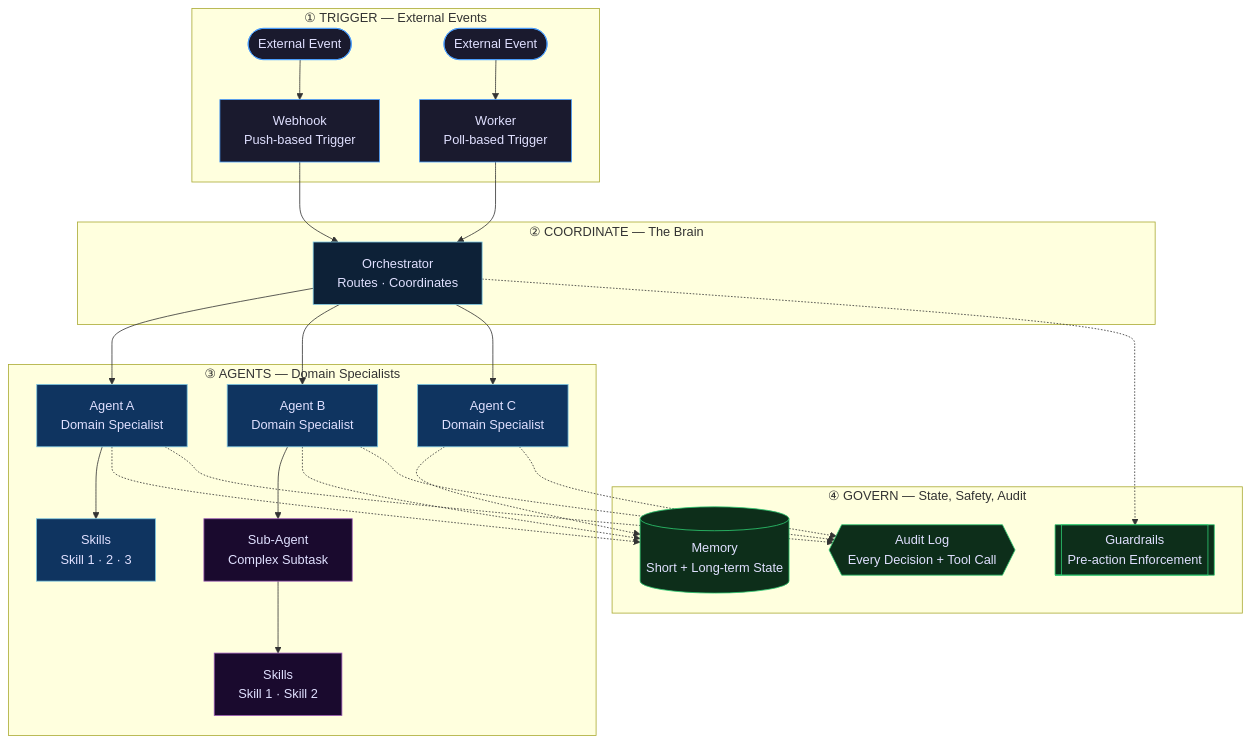
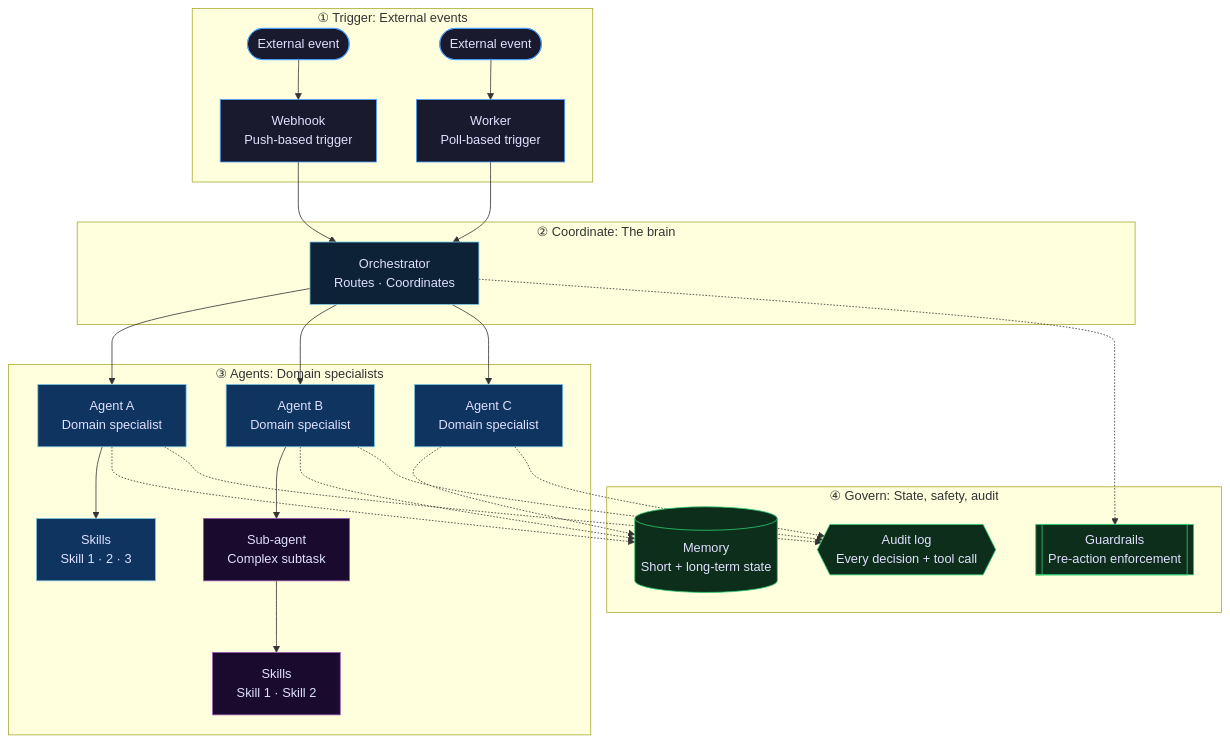
One commit to bryancalabro/bryancalabro changed the sixth of 12 diagrams in README.md. Above: the diagram before and after it, drawn with Mermaid. The commit also changed other lines of this file and 1 other file, not shown here.

First line of the commit message:
Profile: generated diagrams and recent apps, sentence case, no em dashes

````diff
--- a/README.md
+++ b/README.md
@@ -320,57 +333,57 @@
 ```mermaid
 flowchart TD
-    subgraph TRIGGER["① TRIGGER — External Events"]
-        EV1([External Event])
-        EV2([External Event])
-        WH["Webhook<br/>Push-based Trigger"]
-        WK["Worker<br/>Poll-based Trigger"]
+    subgraph TRIGGER["① Trigger: External events"]
+        EV1([External event])
+        EV2([External event])
+        WH["Webhook<br/>Push-based trigger"]
+        WK["Worker<br/>Poll-based trigger"]
         EV1 --> WH
         EV2 --> WK
     end
 
-    subgraph COORD["② COORDINATE — The Brain"]
+    subgraph COORD["② Coordinate: The brain"]
         ORC["Orchestrator<br/>Routes · Coordinates"]
         WH --> ORC
         WK --> ORC
     end
 
-    subgraph AGENTS["③ AGENTS — Domain Specialists"]
-        AGa["Agent A<br/>Domain Specialist"]
-        AGb["Agent B<br/>Domain Specialist"]
-        AGc["Agent C<br/>Domain Specialist"]
+    subgraph AGENTS["③ Agents: Domain specialists"]
+        AGa["Agent A<br/>Domain specialist"]
+        AGb["Agent B<br/>Domain specialist"]
+        AGc["Agent C<br/>Domain specialist"]
         SKa["Skills<br/>Skill 1 · 2 · 3"]
-        SUB["Sub-Agent<br/>Complex Subtask"]
+        SUB["Sub-agent<br/>Complex subtask"]
         SKb["Skills<br/>Skill 1 · Skill 2"]
         ORC --> AGa
         ORC --> AGb
         ORC --> AGc
         AGa --> SKa
         AGb --> SUB
         SUB --> SKb
     end
 
-    subgraph GOVERN["④ GOVERN — State, Safety, Audit"]
-        MEM[("Memory<br/>Short + Long-term State")]
-        GRD[["Guardrails<br/>Pre-action Enforcement"]]
-        AUD{{"Audit Log<br/>Every Decision + Tool Call"}}
+    subgraph GOVERN["④ Govern: State, safety, audit"]
+        MEM[("Memory<br/>Short + long-term state")]
+        GRD[["Guardrails<br/>Pre-action enforcement"]]
+        AUD{{"Audit log<br/>Every decision + tool call"}}
         ORC -.-> GRD
         AGa -.-> MEM
         AGb -.-> MEM
         AGc -.-> MEM
         AGa -.-> AUD
         AGb -.-> AUD
         AGc -.-> AUD
     end
 
     classDef triggerStyle fill:#1a1a2e,stroke:#4a9eff,color:#e0e0ff
     classDef coordStyle fill:#0d2137,stroke:#7ec8e3,color:#e0e0ff
     classDef agentStyle fill:#0f3460,stroke:#7ec8e3,color:#e0e0ff
     classDef subStyle fill:#1a0a2e,stroke:#9b59b6,color:#e0e0ff
     classDef governStyle fill:#0d2e1a,stroke:#2ecc71,color:#e0e0ff
 
     class EV1,EV2,WH,WK triggerStyle
     class ORC coordStyle
     class AGa,AGb,AGc,SKa agentStyle
     class SUB,SKb subStyle
     class MEM,GRD,AUD governStyle
 ```
````
